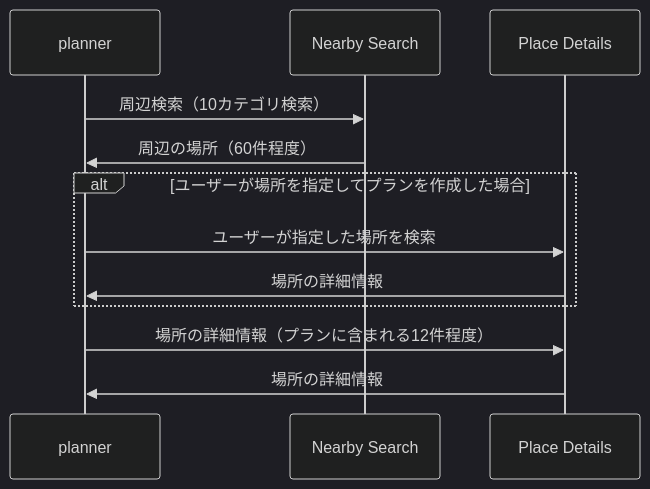
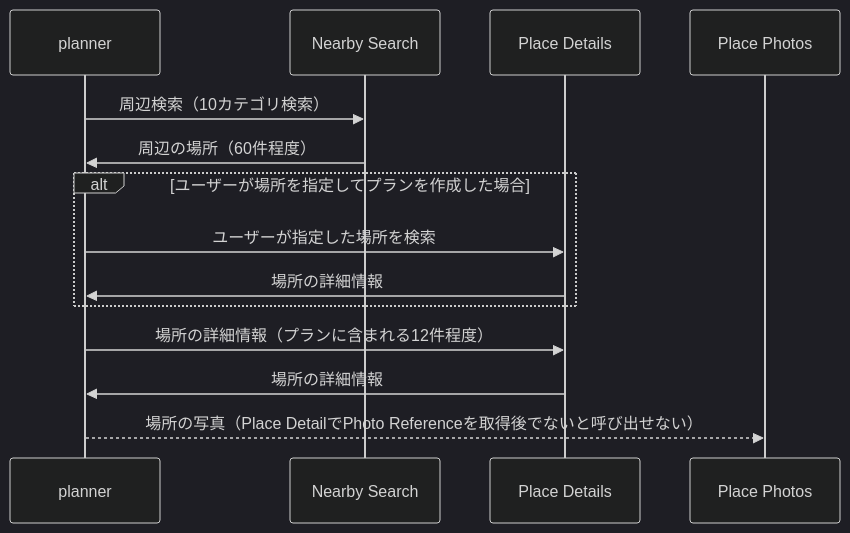
The diagram in doc/google_places_api.md (poroto-app/planner), drawn with Mermaid (dark theme) before and after one commit.

Commit message:
doc: Place Photosに関するコメントを追加

````diff
--- a/doc/google_places_api.md
+++ b/doc/google_places_api.md
@@ -17,14 +17,16 @@
 ```mermaid
 sequenceDiagram
     participant P as planner
     participant NS as Nearby Search
     participant PD as Place Details
+    participant PP as Place Photos
     P ->> NS: 周辺検索（10カテゴリ検索）
     NS ->> P: 周辺の場所（60件程度）
     alt ユーザーが場所を指定してプランを作成した場合
         P ->> PD: ユーザーが指定した場所を検索
         PD ->> P: 場所の詳細情報
     end
     P ->> PD: 場所の詳細情報（プランに含まれる12件程度）
     PD ->> P: 場所の詳細情報
+    P -->> PP: 場所の写真（Place DetailでPhoto Referenceを取得後でないと呼び出せない）
 ```
````
